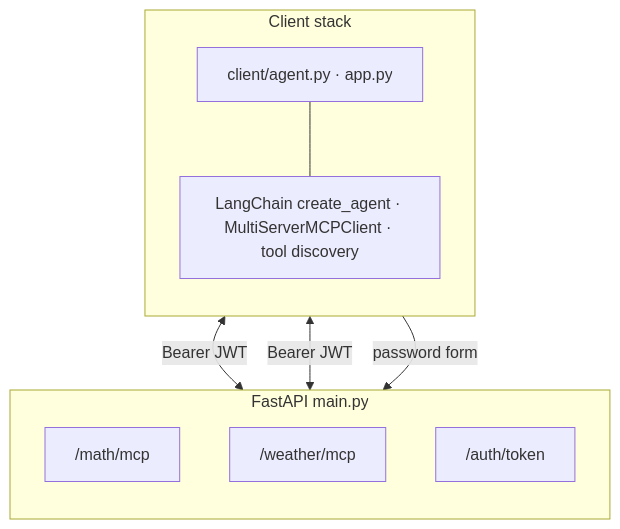
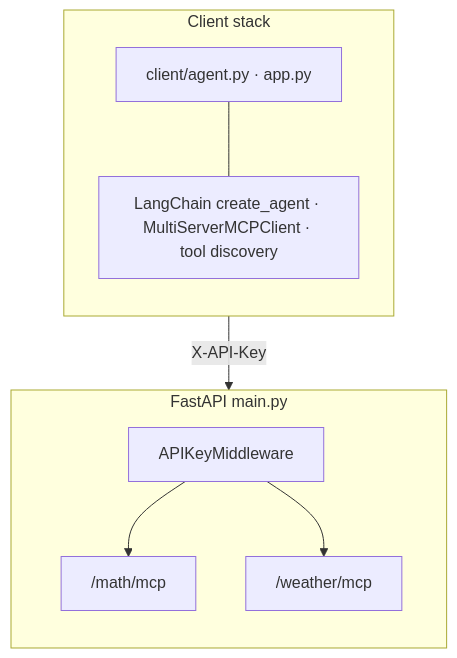
The diagram in README.md (reddybharat/custom-mcp-server), drawn with Mermaid before and after one commit. The commit also changed other lines of this file and 22 other files, not shown here.

Commit message:
Replace JWT auth with API key middleware for MCP mounts

````diff
--- a/README.md
+++ b/README.md
@@ -18,20 +35,39 @@
 ```mermaid
+
 flowchart TB
+
     subgraph cli["Client stack"]
+
         direction TB
+
         c_title["client/agent.py · app.py"]
+
         c_detail["LangChain create_agent · MultiServerMCPClient · tool discovery"]
+
         c_title --- c_detail
+
     end
 
+
+
     subgraph api["FastAPI main.py"]
+
         direction TB
+
+        mw["APIKeyMiddleware"]
+
         math_m["/math/mcp"]
+
         wx_m["/weather/mcp"]
-        auth["/auth/token"]
+
+        mw --> math_m
+
+        mw --> wx_m
+
     end
 
-    c_detail <-->|Bearer JWT| math_m
-    c_detail <-->|Bearer JWT| wx_m
-    c_detail -->|password form| auth
+
+
+    c_detail -->|X-API-Key| mw
+
 ```
````
